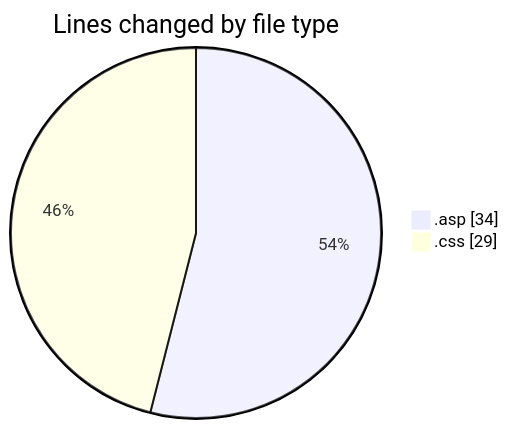
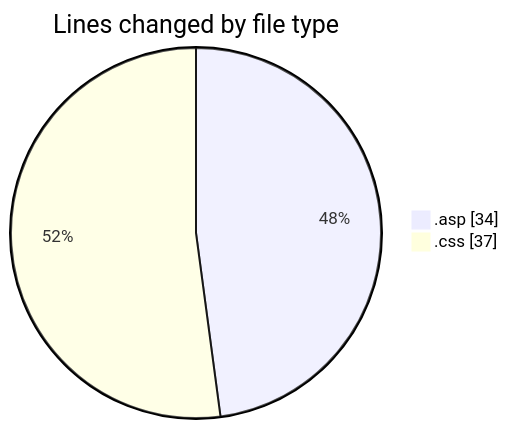
One commit to julien-gomy/code-tracking changed the first of 2 diagrams in 2025-11-02/cdp_aleoudev_fr__workspace_/README.md. Above: the diagram before and after it, drawn with Mermaid. The commit also changed other lines of this file and 1 other file, not shown here.

````diff
--- a/2025-11-02/cdp_aleoudev_fr__workspace_/README.md
+++ b/2025-11-02/cdp_aleoudev_fr__workspace_/README.md
@@ -23,6 +23,6 @@
 ```mermaid
 pie showData
 title Lines changed by file type
 ".asp" : 34
-".css" : 29
+".css" : 37
 ```
````
